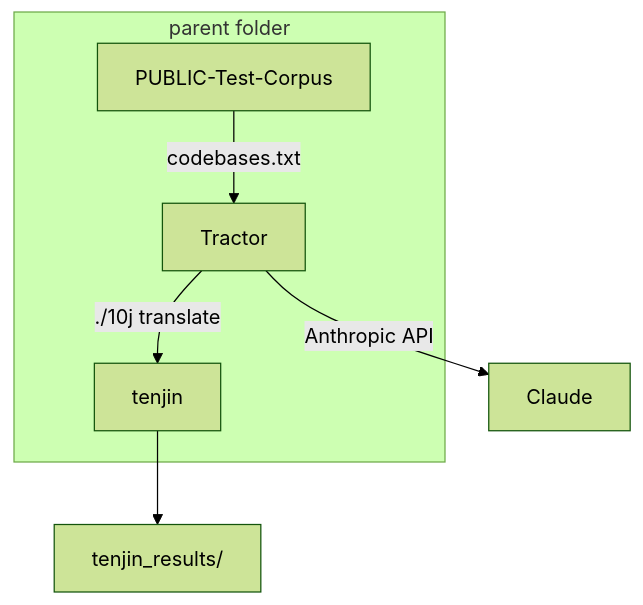
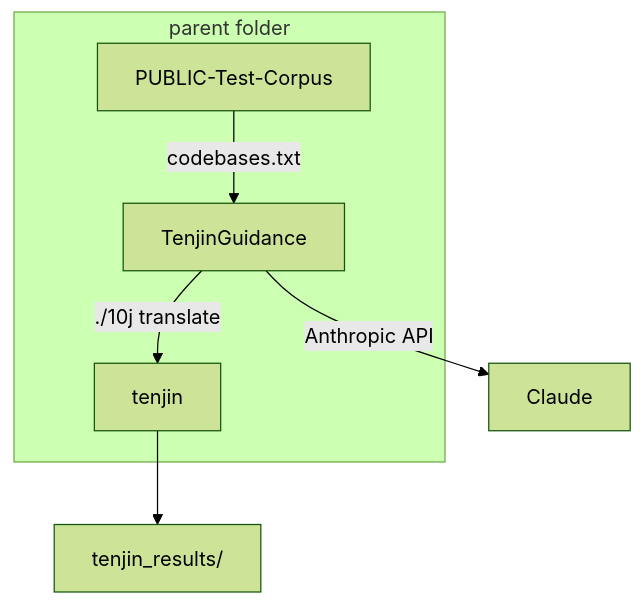
The diagram in README.md (Lucas-Bautista/TenjinGuidance), drawn with Mermaid (forest theme) before and after one commit. The commit also changed other lines of this file and 8 other files, not shown here.

````diff
--- a/README.md
+++ b/README.md
@@ -16,12 +16,12 @@
 ```mermaid
 flowchart TB
   subgraph parent [parent folder]
-    Tractor[Tractor]
+    TenjinGuidance[TenjinGuidance]
     Tenjin[tenjin]
     Corpus[PUBLIC-Test-Corpus]
   end
-  Corpus -->|codebases.txt| Tractor
-  Tractor -->|"./10j translate"| Tenjin
-  Tractor -->|Anthropic API| LLM[Claude]
+  Corpus -->|codebases.txt| TenjinGuidance
+  TenjinGuidance -->|"./10j translate"| Tenjin
+  TenjinGuidance -->|Anthropic API| LLM[Claude]
   Tenjin --> Results[tenjin_results/]
 ```
````
